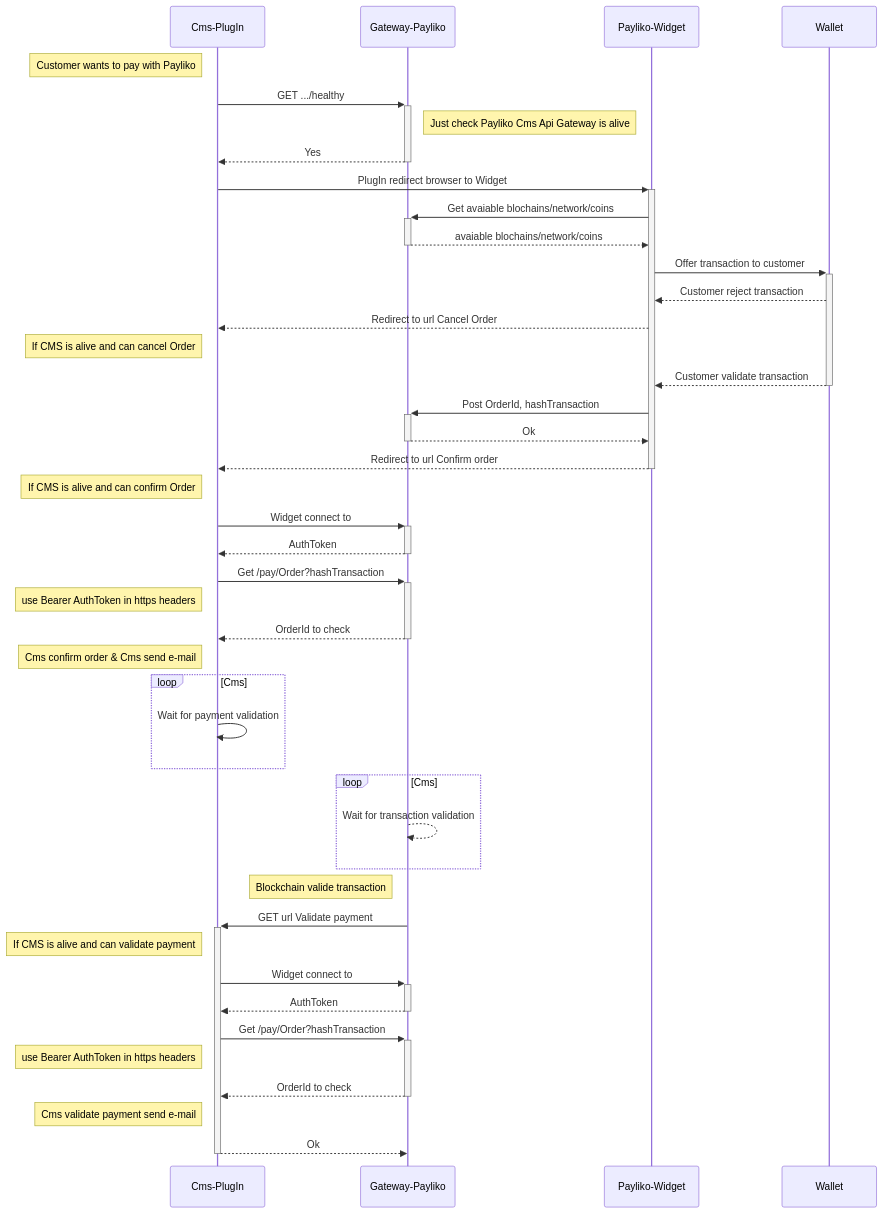
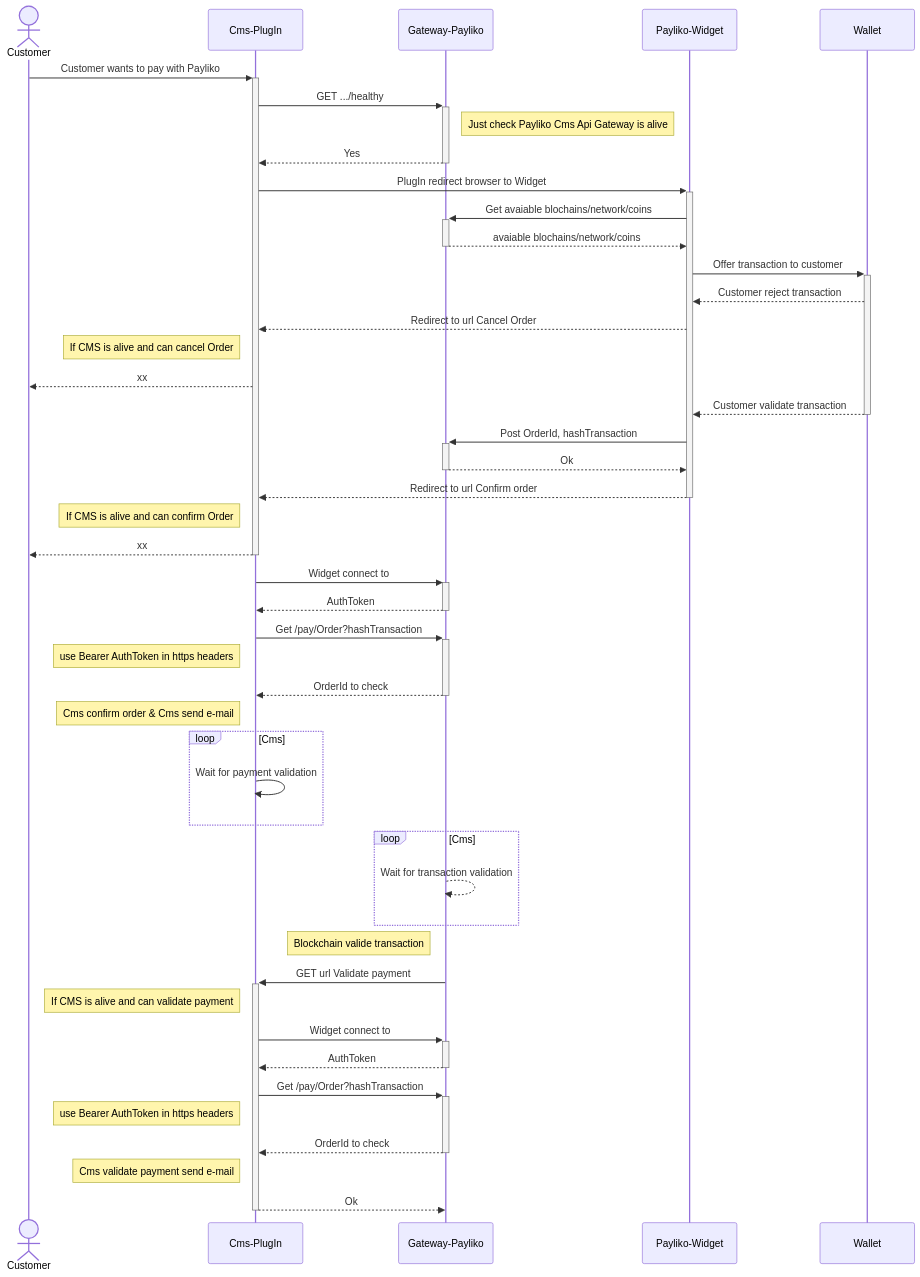
The second of 2 diagrams in README.md (Payinnov-Widget-Integration/Payinnov-InHouseCms-Integration), drawn with Mermaid before and after one commit.

Commit message:
Cms payment

````diff
--- a/README.md
+++ b/README.md
@@ -75,48 +75,52 @@
 ```mermaid
 sequenceDiagram
-Note left of Cms-PlugIn: Customer wants to pay with Payliko 
+actor A as Customer
+A->>+Cms-PlugIn: Customer wants to pay with Payliko 
 Cms-PlugIn->>+Gateway-Payliko: GET .../healthy
 Note right of Gateway-Payliko: Just check Payliko Cms Api Gateway is alive
 Gateway-Payliko-->>-Cms-PlugIn: Yes
 
 Cms-PlugIn->>+Payliko-Widget: PlugIn redirect browser to Widget 
 
 Payliko-Widget->>+Gateway-Payliko: Get avaiable blochains/network/coins
 Gateway-Payliko-->>-Payliko-Widget: avaiable blochains/network/coins
 
 Payliko-Widget->>+Wallet: Offer transaction to customer
 Wallet-->>Payliko-Widget: Customer reject transaction
 Payliko-Widget-->>Cms-PlugIn:Redirect to url Cancel Order
 Note left of Cms-PlugIn: If CMS is alive and can cancel Order
+Cms-PlugIn-->>A: xx
 
 Wallet-->>-Payliko-Widget:Customer validate transaction
 Payliko-Widget->>+Gateway-Payliko: Post OrderId, hashTransaction
 Gateway-Payliko-->>-Payliko-Widget:Ok
 
 Payliko-Widget-->>-Cms-PlugIn: Redirect to url Confirm order
 Note left of Cms-PlugIn: If CMS is alive and can confirm Order
+Cms-PlugIn-->>-A: xx
+
 Cms-PlugIn->>+Gateway-Payliko: Widget connect to
 Gateway-Payliko-->>-Cms-PlugIn: AuthToken
 Cms-PlugIn->>+Gateway-Payliko: Get /pay/Order?hashTransaction
 Note left of Cms-PlugIn: use Bearer AuthToken in https headers
 Gateway-Payliko-->>-Cms-PlugIn: OrderId to check
 Note left of Cms-PlugIn: Cms confirm order & Cms send e-mail
 loop Cms
         Cms-PlugIn->>Cms-PlugIn: Wait for payment validation
 end
 loop Cms
         Gateway-Payliko-->>Gateway-Payliko: Wait for transaction validation
 end
 
 Note left of Gateway-Payliko: Blockchain valide transaction
 Gateway-Payliko->>+Cms-PlugIn: GET url Validate payment
 Note left of Cms-PlugIn: If CMS is alive and can validate payment 
 
 Cms-PlugIn->>+Gateway-Payliko: Widget connect to
 Gateway-Payliko-->>-Cms-PlugIn: AuthToken
 Cms-PlugIn->>+Gateway-Payliko: Get /pay/Order?hashTransaction
 Note left of Cms-PlugIn: use Bearer AuthToken in https headers
 Gateway-Payliko-->>-Cms-PlugIn: OrderId to check
 Note left of Cms-PlugIn: Cms validate payment send e-mail
 Cms-PlugIn-->>-Gateway-Payliko:Ok
 ```
````
